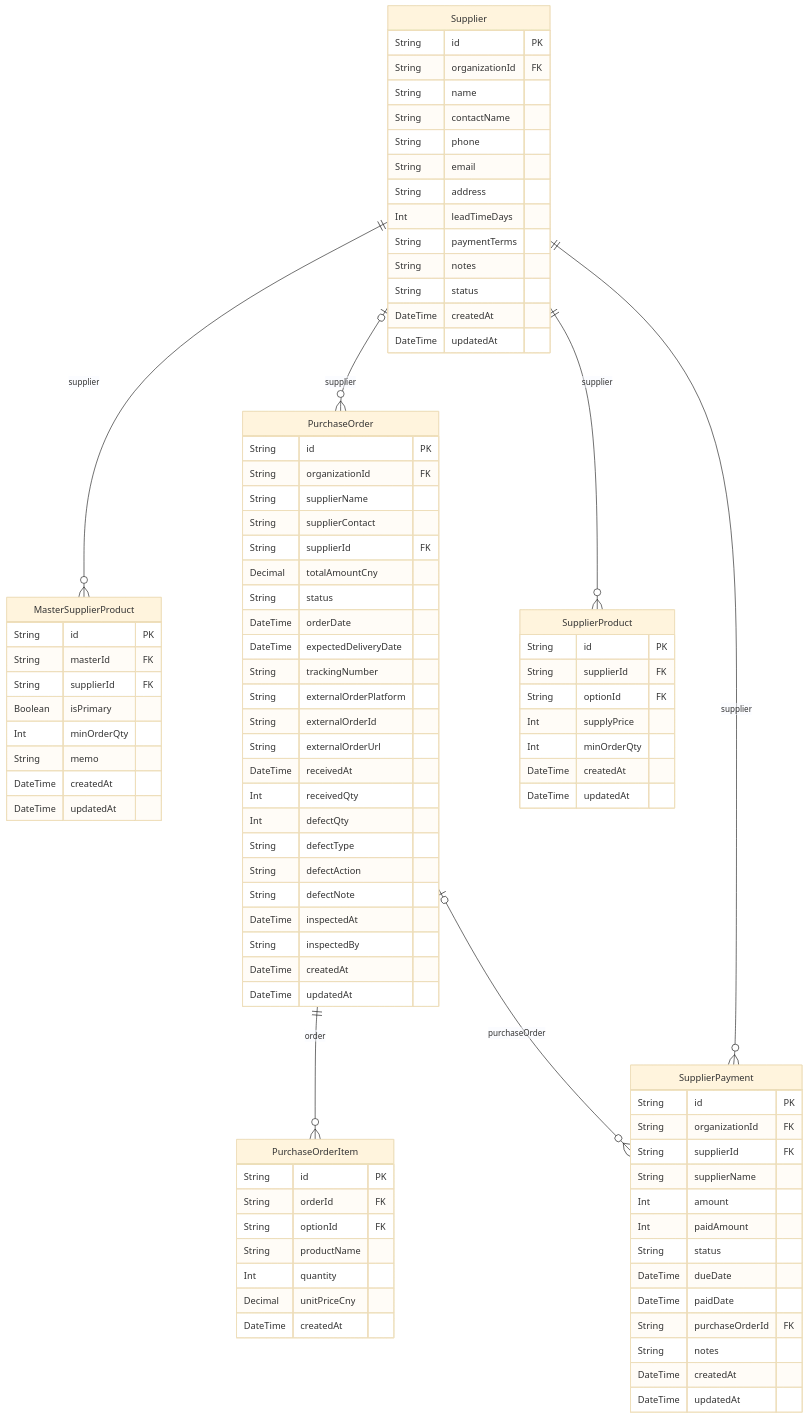
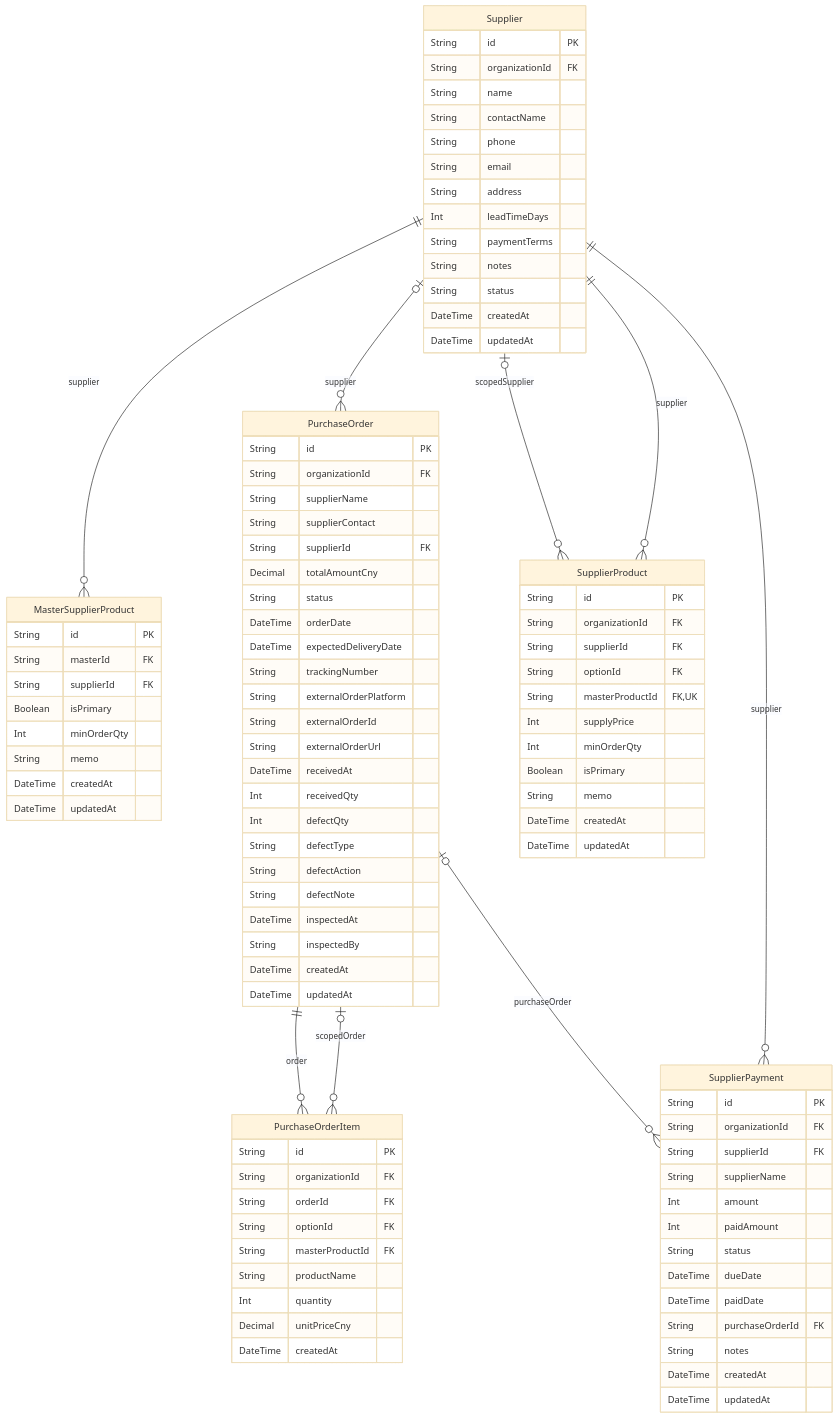
The diagram in docs/erd/supply.md (AgentFoundry-Labs/kiditem), drawn with Mermaid (base theme) before and after one commit. The commit also changed other lines of this file and 55 other files, not shown here.

````diff
--- a/docs/erd/supply.md
+++ b/docs/erd/supply.md
@@ -57,8 +57,10 @@
   }
   PurchaseOrderItem {
     String id PK
+    String organizationId FK
     String orderId FK
     String optionId FK
+    String masterProductId FK
     String productName
     Int quantity
     Decimal unitPriceCny
@@ -96,17 +98,23 @@
   }
   SupplierProduct {
     String id PK
+    String organizationId FK
     String supplierId FK
     String optionId FK
+    String masterProductId FK,UK
     Int supplyPrice
     Int minOrderQty
+    Boolean isPrimary
+    String memo
     DateTime createdAt
     DateTime updatedAt
   }
   PurchaseOrder ||--o{ PurchaseOrderItem : "order"
+  PurchaseOrder o|--o{ PurchaseOrderItem : "scopedOrder"
   PurchaseOrder o|--o{ SupplierPayment : "purchaseOrder"
   Supplier ||--o{ MasterSupplierProduct : "supplier"
   Supplier o|--o{ PurchaseOrder : "supplier"
   Supplier ||--o{ SupplierPayment : "supplier"
+  Supplier o|--o{ SupplierProduct : "scopedSupplier"
   Supplier ||--o{ SupplierProduct : "supplier"
 ```
````
